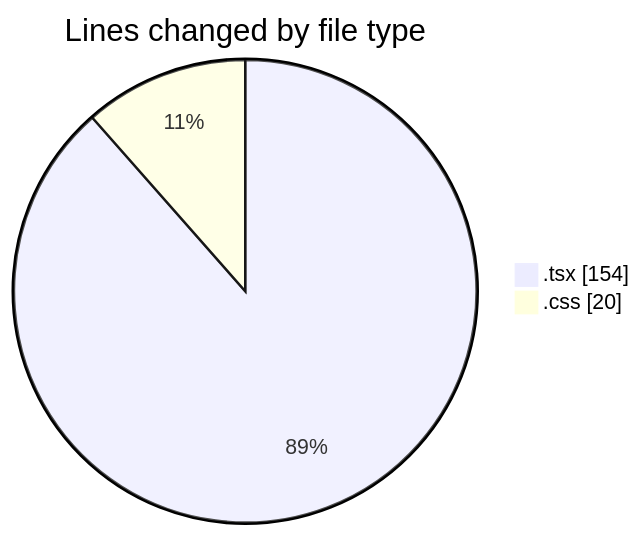
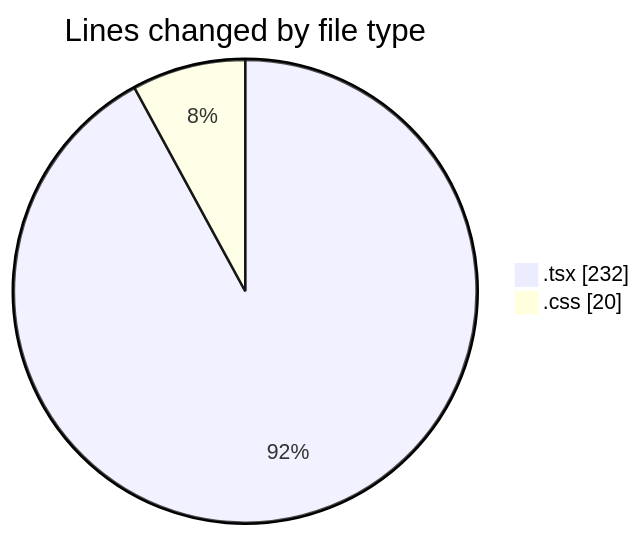
Before and after one commit to robertbonfada/code-tracking: the first of 2 diagrams in 2025-02-07/mbc-web/README.md, drawn with Mermaid. The commit also changed other lines of this file and 1 other file, not shown here.

````diff
--- a/2025-02-07/mbc-web/README.md
+++ b/2025-02-07/mbc-web/README.md
@@ -25,6 +25,6 @@
 ```mermaid
 pie showData
 title Lines changed by file type
-".tsx" : 154
+".tsx" : 232
 ".css" : 20
 ```
````
